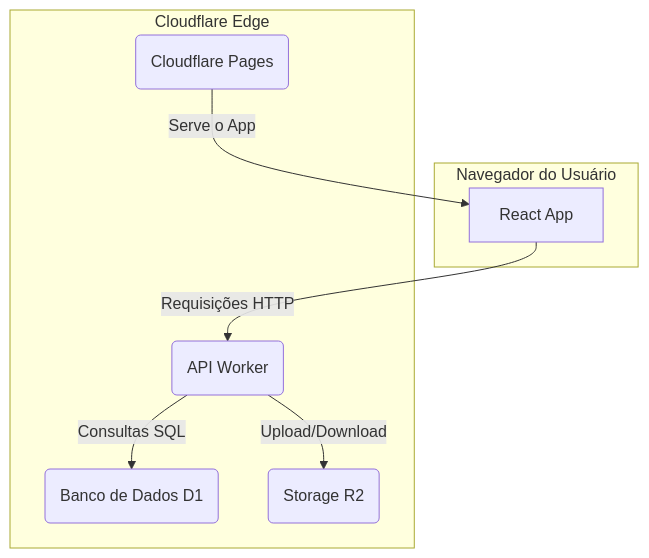
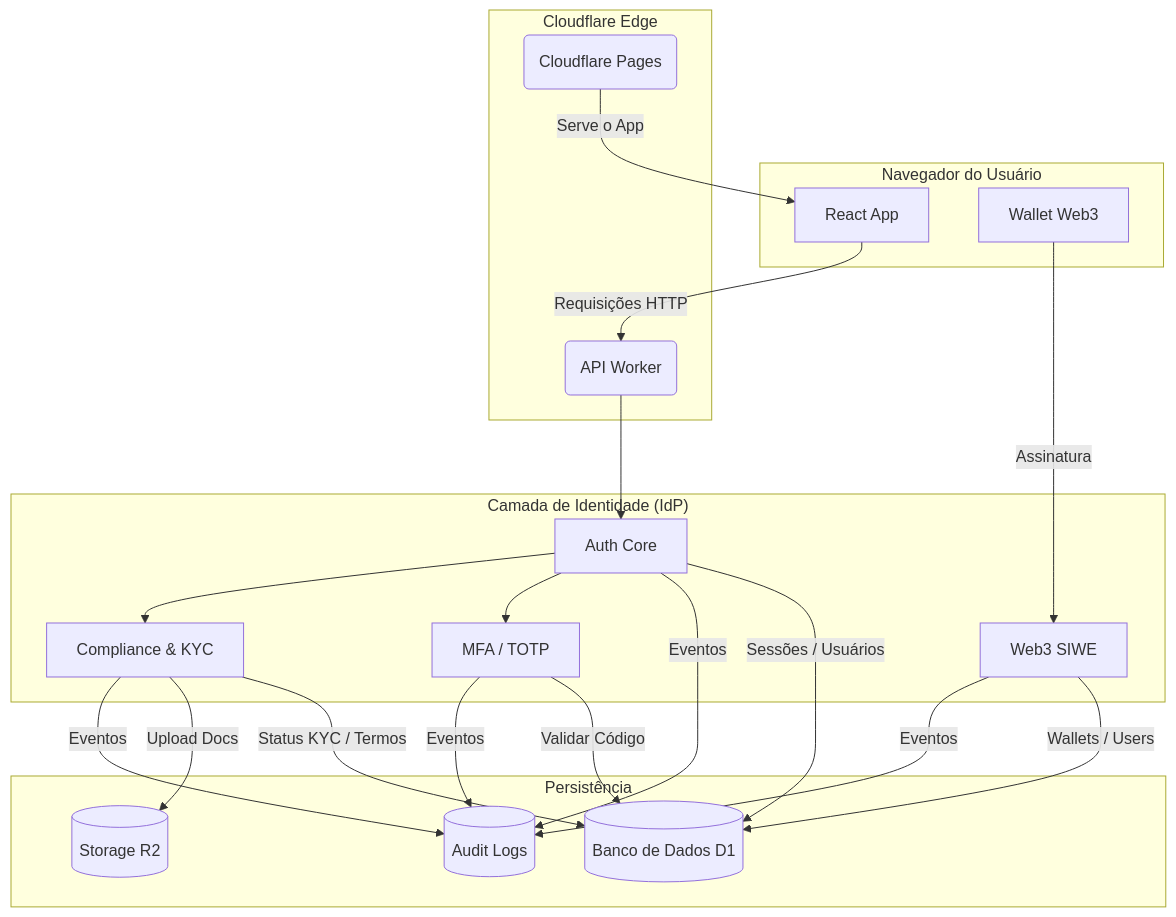
The diagram in README.md (ASPPIBRA-DAO/Gov-System), drawn with Mermaid before and after one commit. The commit also changed other lines of this file, not shown here.

Commit message:
Enhance architecture diagram with identity and persistence
Added identity layer and persistence details to the architecture diagram in README.

````diff
--- a/README.md
+++ b/README.md
@@ -21,18 +21,51 @@
 ```mermaid
 graph TD
     subgraph "Navegador do Usuário"
         A[React App]
+        W[Wallet Web3]
     end
 
     subgraph "Cloudflare Edge"
         B(Cloudflare Pages)
         C(API Worker)
-        D(Banco de Dados D1)
-        E(Storage R2)
     end
 
+    subgraph "Camada de Identidade (IdP)"
+        C1[Auth Core]
+        C2[MFA / TOTP]
+        C3[Web3 SIWE]
+        C4[Compliance & KYC]
+    end
+
+    subgraph "Persistência"
+        D[(Banco de Dados D1)]
+        E[(Storage R2)]
+        F[(Audit Logs)]
+    end
+
+    %% Fluxo principal
+    B -- Serve o App --> A
     A -- Requisições HTTP --> C
-    C -- Consultas SQL --> D
-    C -- Upload/Download --> E
-    B -- Serve o App --> A
+    C --> C1
+
+    %% Auth & Segurança
+    C1 -- Sessões / Usuários --> D
+    C1 -- Eventos --> F
+
+    %% MFA
+    C1 --> C2
+    C2 -- Validar Código --> D
+    C2 -- Eventos --> F
+
+    %% Web3
+    W -- Assinatura --> C3
+    C3 -- Wallets / Users --> D
+    C3 -- Eventos --> F
+
+    %% Compliance
+    C1 --> C4
+    C4 -- Status KYC / Termos --> D
+    C4 -- Upload Docs --> E
+    C4 -- Eventos --> F
+
 ```
````
